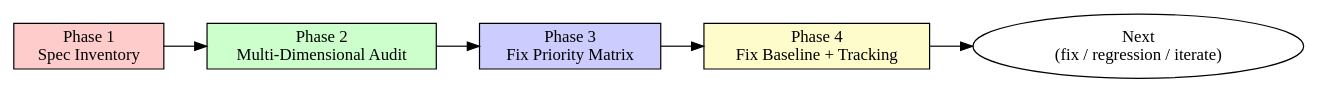
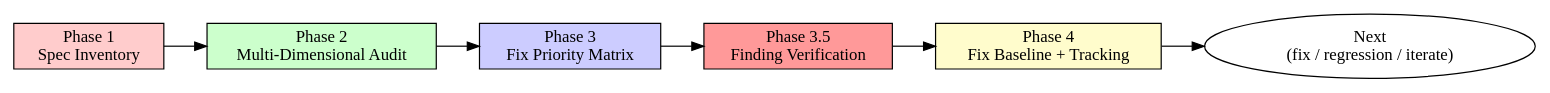
One commit to StormstoutLau/audit-driven-development changed the diagram in SKILL.md. Above: the diagram before and after it, drawn with Graphviz. The commit also changed other lines of this file and 9 other files, not shown here.

First line of the commit message:
feat: Phase 3.5 Finding Verification — mandatory source-code-level P0 hallucination prevention

````diff
--- a/SKILL.md
+++ b/SKILL.md
@@ -334,12 +334,13 @@
 ```dot
 digraph audit_cycle {
     rankdir=LR;
     p1 [label="Phase 1\nSpec Inventory", shape=box, style=filled, fillcolor="#ffcccc"];
     p2 [label="Phase 2\nMulti-Dimensional Audit", shape=box, style=filled, fillcolor="#ccffcc"];
     p3 [label="Phase 3\nFix Priority Matrix", shape=box, style=filled, fillcolor="#ccccff"];
+    p35 [label="Phase 3.5\nFinding Verification", shape=box, style=filled, fillcolor="#ff9999"];
     p4 [label="Phase 4\nFix Baseline + Tracking", shape=box, style=filled, fillcolor="#fffccc"];
     next [label="Next\n(fix / regression / iterate)", shape=ellipse];
 
-    p1 -> p2 -> p3 -> p4 -> next;
+    p1 -> p2 -> p3 -> p35 -> p4 -> next;
 }
 ```
````
